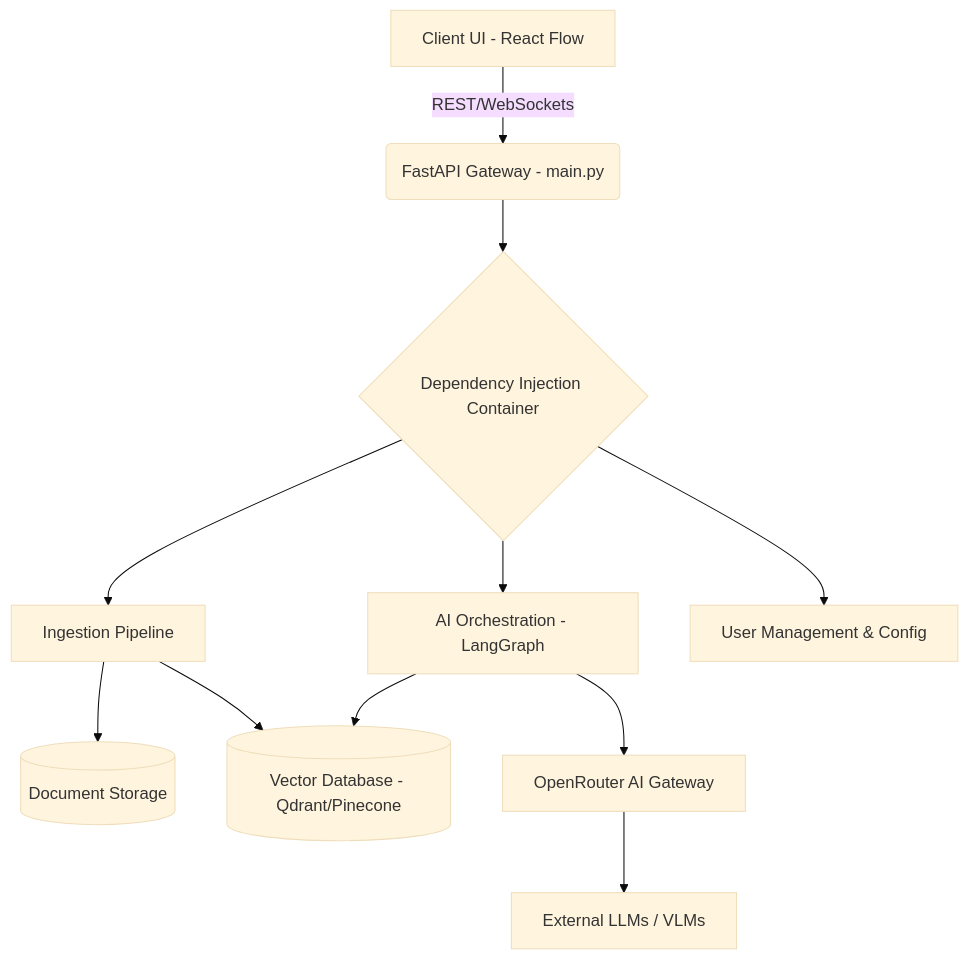
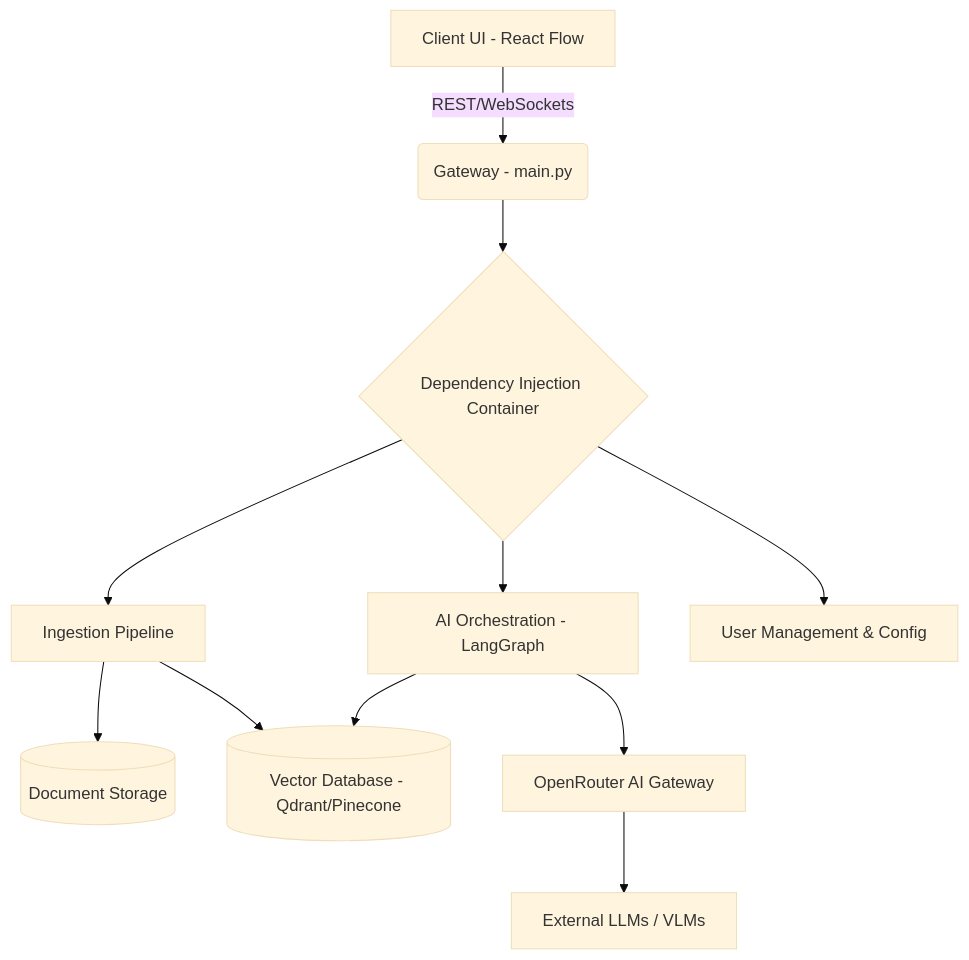
One commit to tsuyama1990/matome changed the diagram in README.md. Above: the diagram before and after it, drawn with Mermaid (base theme). The commit also changed other lines of this file and 21 other files, not shown here.

First line of the commit message:
feat: implement cycle 01 schema-first foundation

````diff
--- a/README.md
+++ b/README.md
@@ -21,13 +65,13 @@
 ```mermaid
 graph TD
-    A[Client UI - React Flow] -->|REST/WebSockets| B(FastAPI Gateway - main.py)
+    A[Client UI - React Flow] -->|REST/WebSockets| B(Gateway - main.py)
     B --> C{Dependency Injection Container}
     C --> D[Ingestion Pipeline]
     C --> E[AI Orchestration - LangGraph]
     C --> F[User Management & Config]
     D --> G[(Document Storage)]
     D --> H[(Vector Database - Qdrant/Pinecone)]
     E --> I[OpenRouter AI Gateway]
     I --> J[External LLMs / VLMs]
     E --> H
 ```
````
